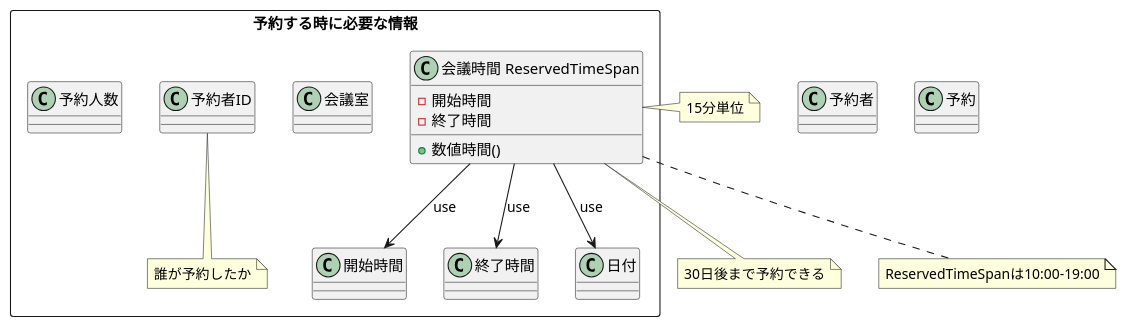
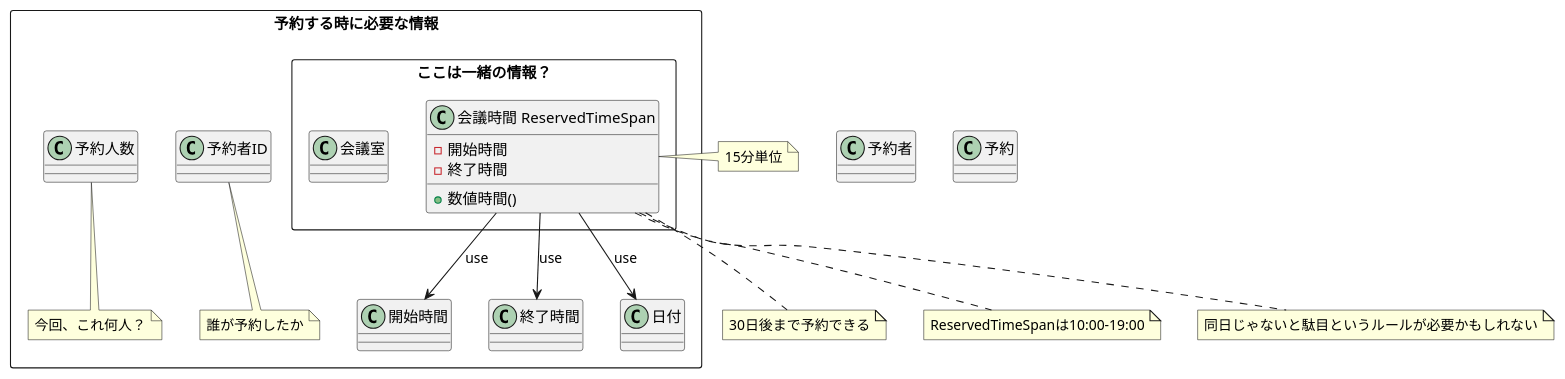
Before and after one commit to jnuank/meeting-room: the diagram in diagram/domainmodel.pu, drawn with PlantUML. The commit also changed 1 other file, not shown here.

Commit message:
update: モデル図変更。もしかしたら、会議室と会議時間は一緒として扱ったほうが良いような気がしてきた

```diff
--- a/diagram/domainmodel.pu
+++ b/diagram/domainmodel.pu
@@ -1,34 +1,43 @@
 @startuml
 
 class 予約者
 class 予約
 
 rectangle 予約する時に必要な情報 {
-    class 会議室
     class 予約者ID
-    class "会議時間 ReservedTimeSpan" as ReservedTimeSpan {
-        - 開始時間
-        - 終了時間
-        + 数値時間() 
+    rectangle ここは一緒の情報？ {
+        class 会議室
+        class "会議時間 ReservedTimeSpan" as ReservedTimeSpan {
+            - 開始時間
+            - 終了時間
+            + 数値時間() 
+        }
     }
     ReservedTimeSpan --> 開始時間 : use
     ReservedTimeSpan --> 終了時間 : use
     ReservedTimeSpan --> 日付 : use
     class 予約人数
     class 予約者ID
     note bottom of 予約者ID
     誰が予約したか
     end note 
+    note bottom of 予約人数
+    今回、これ何人？
+    end note
 }
 
 note right of ReservedTimeSpan
 15分単位
 end note
 note bottom of ReservedTimeSpan
 30日後まで予約できる
 end note
 note bottom of ReservedTimeSpan
 ReservedTimeSpanは10:00-19:00
 end note
 
+note bottom of ReservedTimeSpan
+同日じゃないと駄目というルールが必要かもしれない
+end note
+
 @enduml
```
